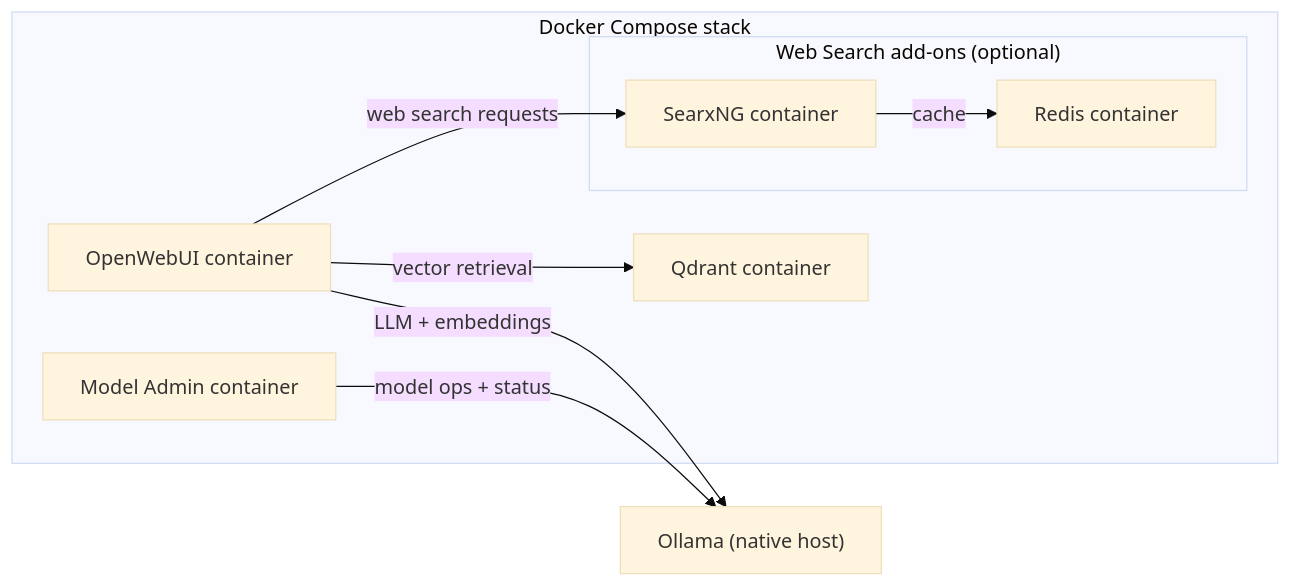
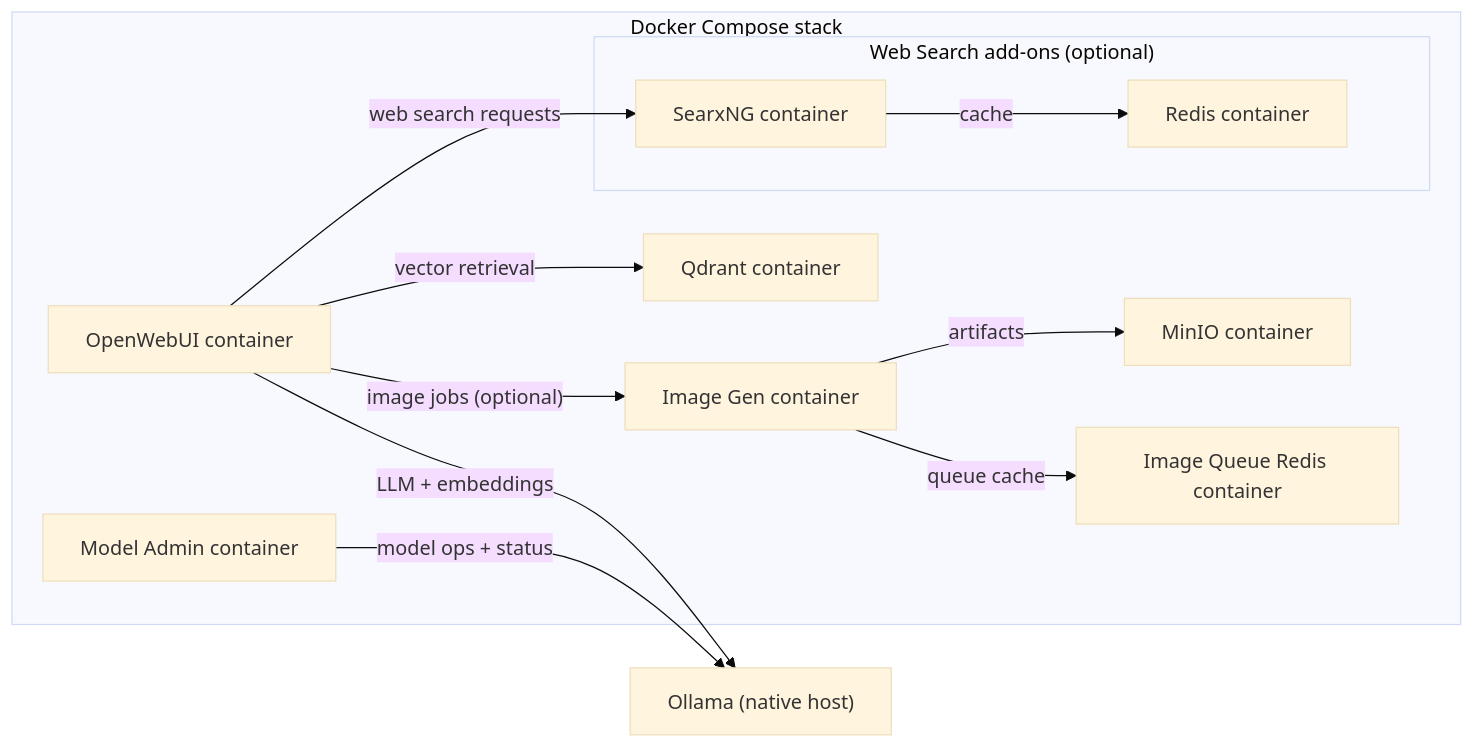
One commit to kevin-greenan/localai-orchestrator changed the second of 2 diagrams in docs/STACK_CONFIGURATION.md. Above: the diagram before and after it, drawn with Mermaid (base theme). The commit also changed 11 other files, not shown here.

````diff
--- a/docs/STACK_CONFIGURATION.md
+++ b/docs/STACK_CONFIGURATION.md
@@ -22,20 +22,26 @@
 ```mermaid
 flowchart LR
   subgraph docker["Docker Compose stack"]
     openwebui["OpenWebUI container"]
     admin["Model Admin container"]
     qdrant["Qdrant container"]
+    imagegen["Image Gen container"]
+    minio["MinIO container"]
+    imageredis["Image Queue Redis container"]
     subgraph webaddons["Web Search add-ons (optional)"]
       searxng["SearxNG container"]
       redis["Redis container"]
     end
   end
 
   ollama["Ollama (native host)"]
 
   openwebui -->|"LLM + embeddings"| ollama
   admin -->|"model ops + status"| ollama
   openwebui -->|"vector retrieval"| qdrant
   openwebui -->|"web search requests"| searxng
   searxng -->|"cache"| redis
+  openwebui -->|"image jobs (optional)"| imagegen
+  imagegen -->|"artifacts"| minio
+  imagegen -->|"queue cache"| imageredis
 ```
````
